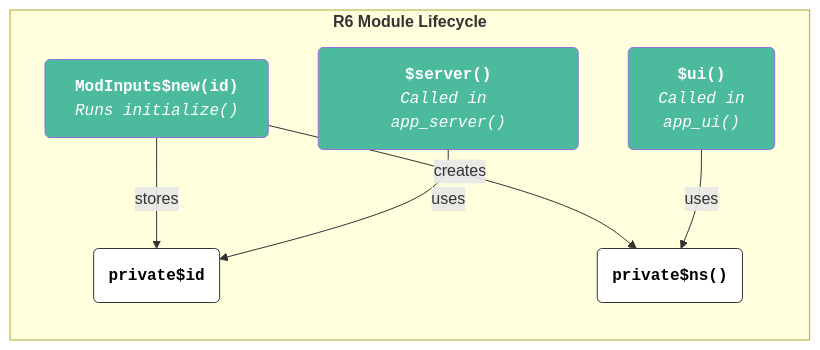
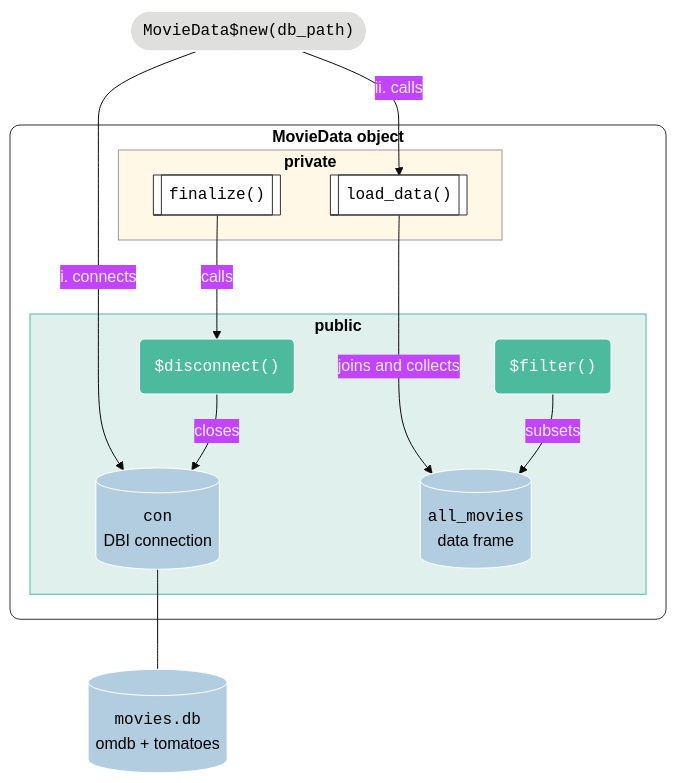
The fourth of 14 diagrams in posts/shiny-r6/index.qmd (mjfrigaard/mjfrigaard.github.io), drawn with Mermaid before and after one commit. The commit also changed other lines of this file and 17 other files, not shown here.

````diff
--- a/posts/shiny-r6/index.qmd
+++ b/posts/shiny-r6/index.qmd
@@ -500,28 +293,43 @@
 ```{mermaid}
 %%| eval: true
+%%| echo: false
 %%| fig-align: 'center'
-%%| fig-caption: 'R6 Module Lifecycle (stocktipr6)'
-%%| echo: false
-%%{init: {'theme': 'base', 'themeVariables': { 'fontFamily': 'monospace', "darkMode":true}}}}%%
+%%| fig-cap: 'The MovieData class in movexplR6'
+%%{init: {'theme': 'base', 'themeVariables': { 'fontFamily': 'monospace', "darkMode":true}}}%%
 
-flowchart LR
-    subgraph "<strong>R6 Module Lifecycle</strong>"
-        Init["<strong>ModInputs$new(id)</strong><br><em>Runs initialize()</em>"]
-        Id("<strong>private$id</strong>")
-        Ns("<strong>private$ns()</strong>")
-        UI["<strong>$ui()</strong><br/><em>Called in<br>app_ui()</em>"]
-        Server["<strong>$server()</strong><br><em>Called in app_server()</em>"]
+flowchart TD
+    New(["<code>MovieData$new(db_path)</code>"])
+    DB[("<code>movies.db</code><br/>omdb + tomatoes")]
+    subgraph Obj["<strong>MovieData object</strong>"]
+        subgraph Public["<strong>public</strong>"]
+            Con[("<code>con</code><br/>DBI connection")]
+            All[("<code>all_movies</code><br/>data frame")]
+            Filter("<code>$filter()</code>")
+            Disc("<code>$disconnect()</code>")
+        end
+        subgraph Private["<strong>private</strong>"]
+            Load[["<code>load_data()</code>"]]
+            Fin[["<code>finalize()</code>"]]
+        end
     end
 
-    Init -->|"stores"| Id
-    Init -->|"creates"| Ns
-    UI -->|"uses"| Ns
-    Server -->|"uses"| Id
+    New -->|"i. connects"| Con
+    Con --- DB
+    New -->|"ii. calls"| Load
+    Load -->|"joins and collects"| All
+    Filter -->|"subsets"| All
+    Fin -->|"calls"| Disc
+    Disc -->|"closes"| Con
 
-    style Init fill:#4CBB9D,color:#FFFFFF,rx:5,ry:5,font-family:monospace
-    style Id fill:#FFFFFF,color:#000000,stroke:#333,font-family:monospace
-    style Ns fill:#FFFFFF,color:#000000,stroke:#333,font-family:monospace
-    style UI fill:#4CBB9D,color:#FFFFFF,rx:5,ry:5,font-family:monospace
-    style Server fill:#4CBB9D,color:#FFFFFF,rx:5,ry:5,font-family:monospace
-
+    style New fill:#dfdfde,color:#000000
+    style DB fill:#b3cde0,color:#000000
+    style Con fill:#b3cde0,color:#000000
+    style All fill:#b3cde0,color:#000000
+    style Filter fill:#4CBB9D,color:#FFFFFF,rx:5,ry:5
+    style Disc fill:#4CBB9D,color:#FFFFFF,rx:5,ry:5
+    style Load fill:#FFFFFF,color:#000000,stroke:#333
+    style Fin fill:#FFFFFF,color:#000000,stroke:#333
+    style Obj fill:#FFFFFF,color:#000000,stroke:#333,stroke-width:1px,rx:10,ry:10
+    style Public fill:#E0F0ED,color:#000000,stroke:#4CBB9D
+    style Private fill:#FFF8E7,color:#000000,stroke:#999
 ```
````
